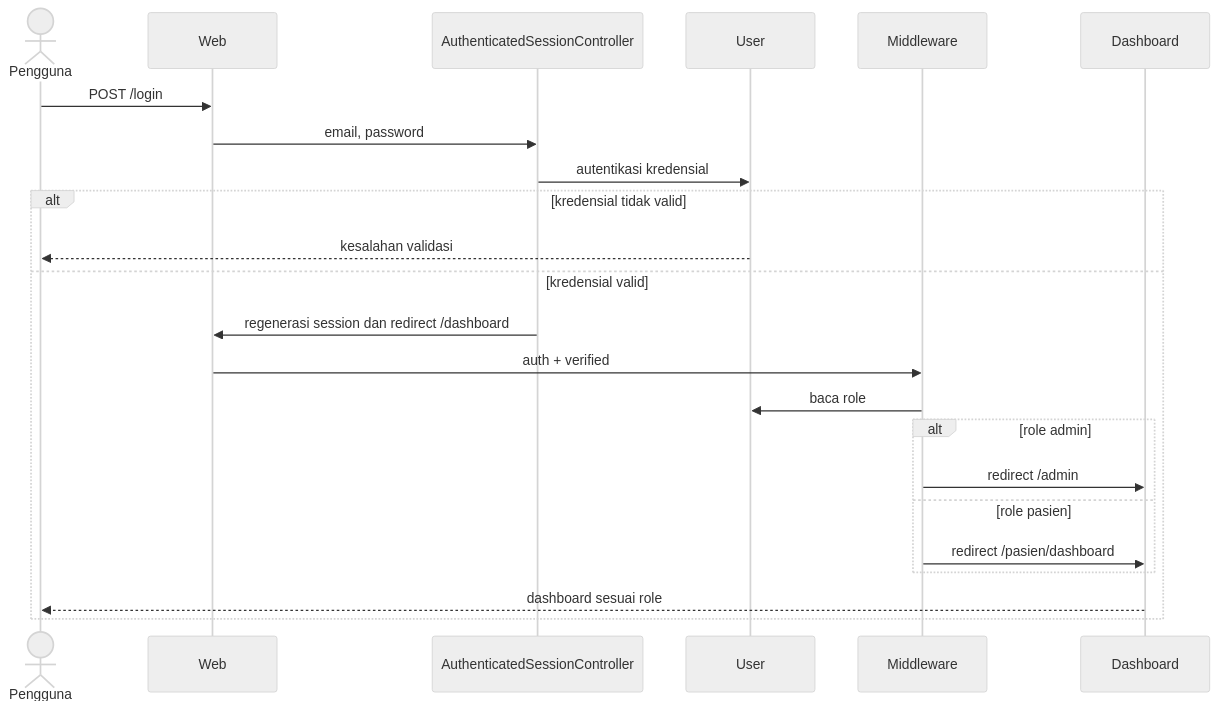
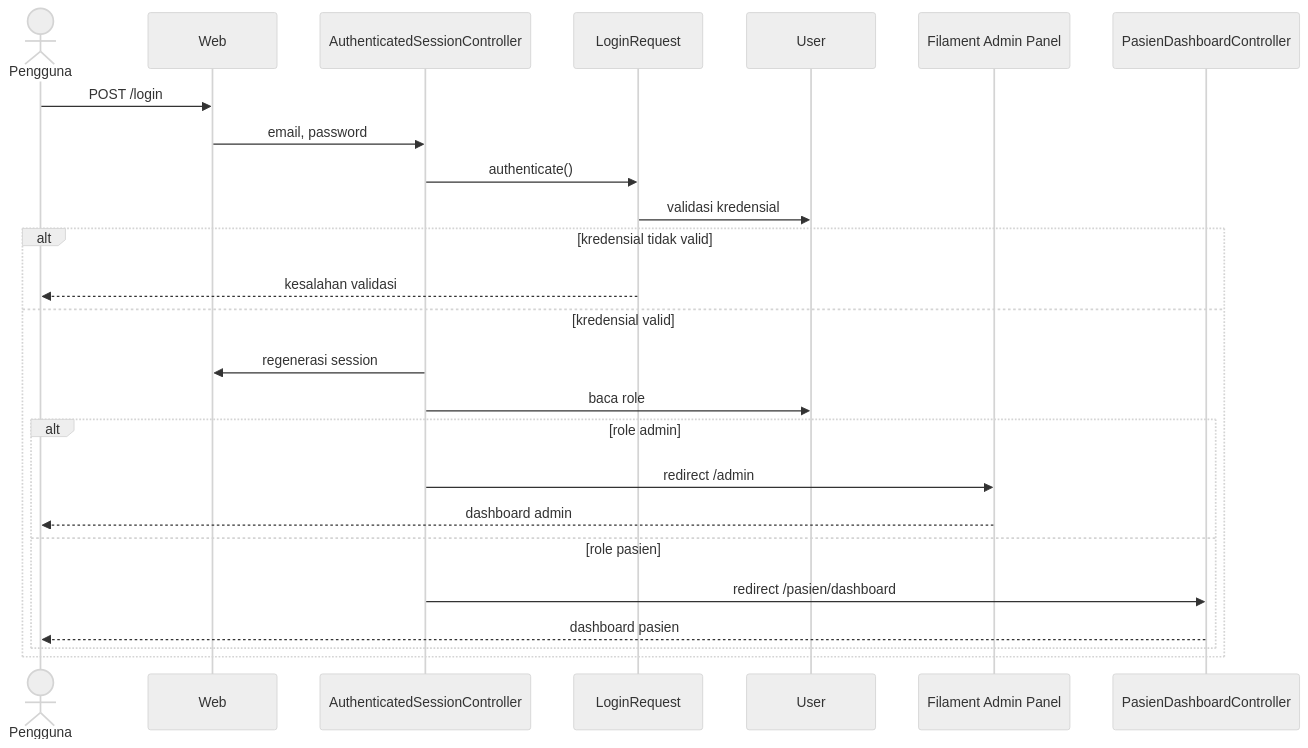
One commit to Faathir81/Sistem-Informasi-Klinik changed the first of 7 diagrams in dokumentasi/spesifikasi-proyek/sequence-diagrams.md. Above: the diagram before and after it, drawn with Mermaid (neutral theme). The commit also changed other lines of this file and 4 other files, not shown here.

Commit message:
docs: align activity and sequence diagrams with implementation

````diff
--- a/dokumentasi/spesifikasi-proyek/sequence-diagrams.md
+++ b/dokumentasi/spesifikasi-proyek/sequence-diagrams.md
@@ -7,26 +7,28 @@
 ```mermaid
 sequenceDiagram
     actor Pengguna
     participant Web
     participant Auth as AuthenticatedSessionController
+    participant Login as LoginRequest
     participant User
-    participant Middleware
-    participant Dashboard
+    participant Panel as Filament Admin Panel
+    participant PasienDash as PasienDashboardController
 
     Pengguna->>Web: POST /login
     Web->>Auth: email, password
-    Auth->>User: autentikasi kredensial
+    Auth->>Login: authenticate()
+    Login->>User: validasi kredensial
     alt kredensial tidak valid
-        User-->>Pengguna: kesalahan validasi
+        Login-->>Pengguna: kesalahan validasi
     else kredensial valid
-        Auth->>Web: regenerasi session dan redirect /dashboard
-        Web->>Middleware: auth + verified
-        Middleware->>User: baca role
+        Auth->>Web: regenerasi session
+        Auth->>User: baca role
         alt role admin
-            Middleware->>Dashboard: redirect /admin
+            Auth->>Panel: redirect /admin
+            Panel-->>Pengguna: dashboard admin
         else role pasien
-            Middleware->>Dashboard: redirect /pasien/dashboard
+            Auth->>PasienDash: redirect /pasien/dashboard
+            PasienDash-->>Pengguna: dashboard pasien
         end
-        Dashboard-->>Pengguna: dashboard sesuai role
     end
 ```
````
